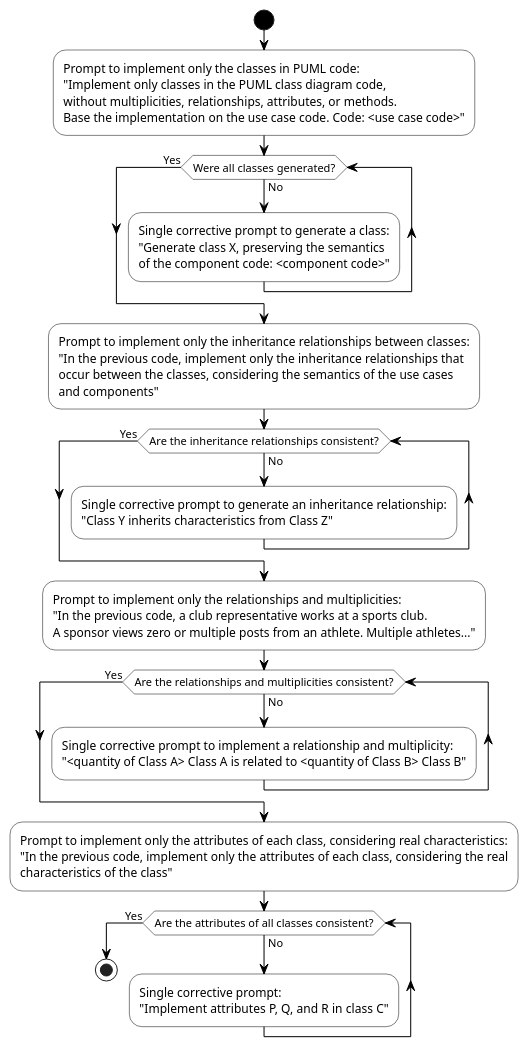
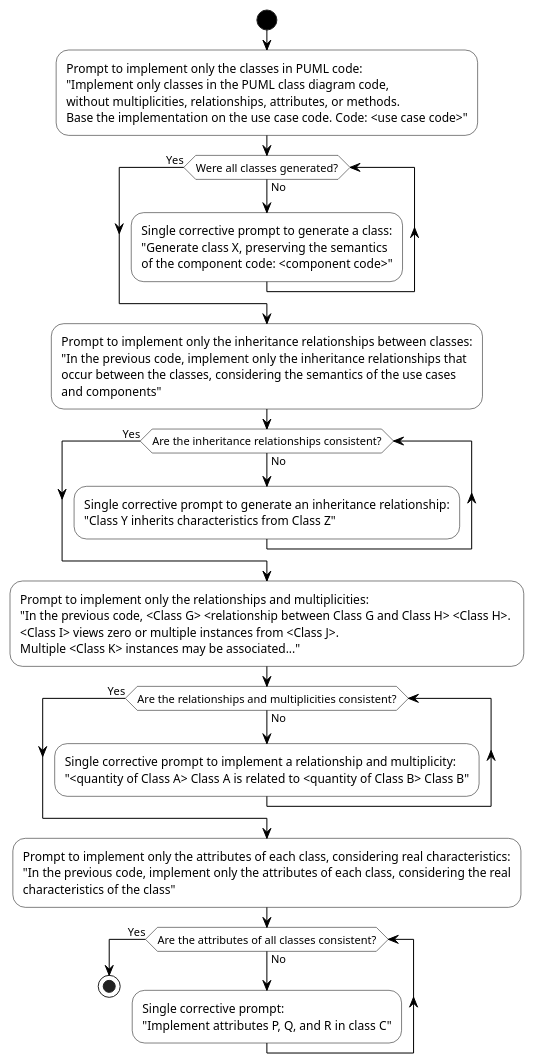
Before and after one commit to carloshenriquehannas/TCC: the diagram in DescricaoAtividadesRealizadas/FormalizacaoDiretrizes/diagAtividades-etapa3-diagramaClasses-en.puml, drawn with PlantUML. The commit also changed 7 other files, not shown here.

```diff
--- a/DescricaoAtividadesRealizadas/FormalizacaoDiretrizes/diagAtividades-etapa3-diagramaClasses-en.puml
+++ b/DescricaoAtividadesRealizadas/FormalizacaoDiretrizes/diagAtividades-etapa3-diagramaClasses-en.puml
@@ -1,46 +1,46 @@
 @startuml diagAtividades-etapa3-diagramaClasses-en
 skinparam linetype ortho
 skinparam shadowing false
 'skinparam monochrome true
 
 skinparam activity {
   BackgroundColor #FFFFFF                      
   BorderColor      #000000                     
   FontColor        #000000                     
 }
 
 skinparam ActivityStartColor #000000
 skinparam ActivityEndColor   #000000           
 skinparam ArrowColor         #000000  
 
 skinparam activityDiamondBackgroundColor #FFFFFF    
 skinparam activityDiamondBorderColor     #000000
 
 start
 
 :Prompt to implement only the classes in PUML code:\n"Implement only classes in the PUML class diagram code,\nwithout multiplicities, relationships, attributes, or methods.\nBase the implementation on the use case code. Code: <use case code>";
 
 while (Were all classes generated?) is (No)
     :Single corrective prompt to generate a class:\n"Generate class X, preserving the semantics\nof the component code: <component code>";
 endwhile (Yes)
 
 :Prompt to implement only the inheritance relationships between classes:\n"In the previous code, implement only the inheritance relationships that\noccur between the classes, considering the semantics of the use cases\nand components";
 
 while (Are the inheritance relationships consistent?) is (No)
     :Single corrective prompt to generate an inheritance relationship:\n"Class Y inherits characteristics from Class Z";
 endwhile (Yes)
 
-:Prompt to implement only the relationships and multiplicities:\n"In the previous code, a club representative works at a sports club.\nA sponsor views zero or multiple posts from an athlete. Multiple athletes...";
+:Prompt to implement only the relationships and multiplicities:\n"In the previous code, <Class G> <relationship between Class G and Class H> <Class H>. \n<Class I> views zero or multiple instances from <Class J>.\nMultiple <Class K> instances may be associated...";
 
 while (Are the relationships and multiplicities consistent?) is (No)
     :Single corrective prompt to implement a relationship and multiplicity:\n"<quantity of Class A> Class A is related to <quantity of Class B> Class B";
 endwhile (Yes)
 
 :Prompt to implement only the attributes of each class, considering real characteristics:\n"In the previous code, implement only the attributes of each class, considering the real\ncharacteristics of the class";
 
 while (Are the attributes of all classes consistent?) is (No)
     :Single corrective prompt:\n"Implement attributes P, Q, and R in class C";
 endwhile (Yes)
 
 stop
 @enduml
```
